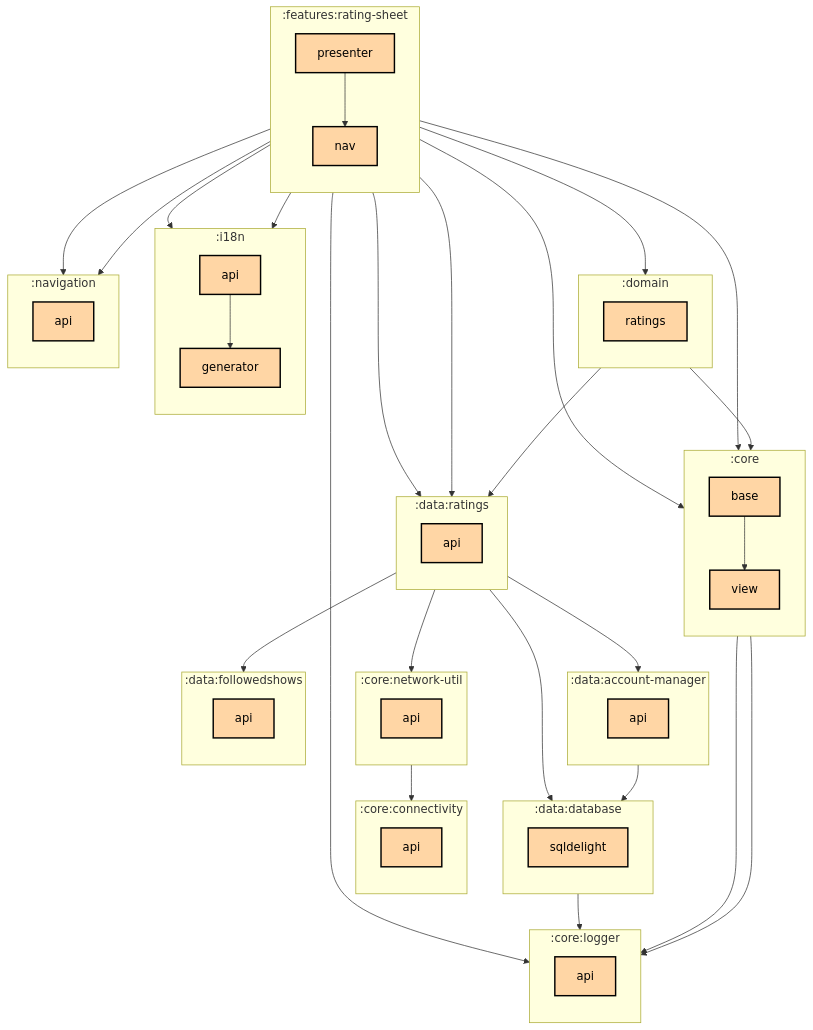
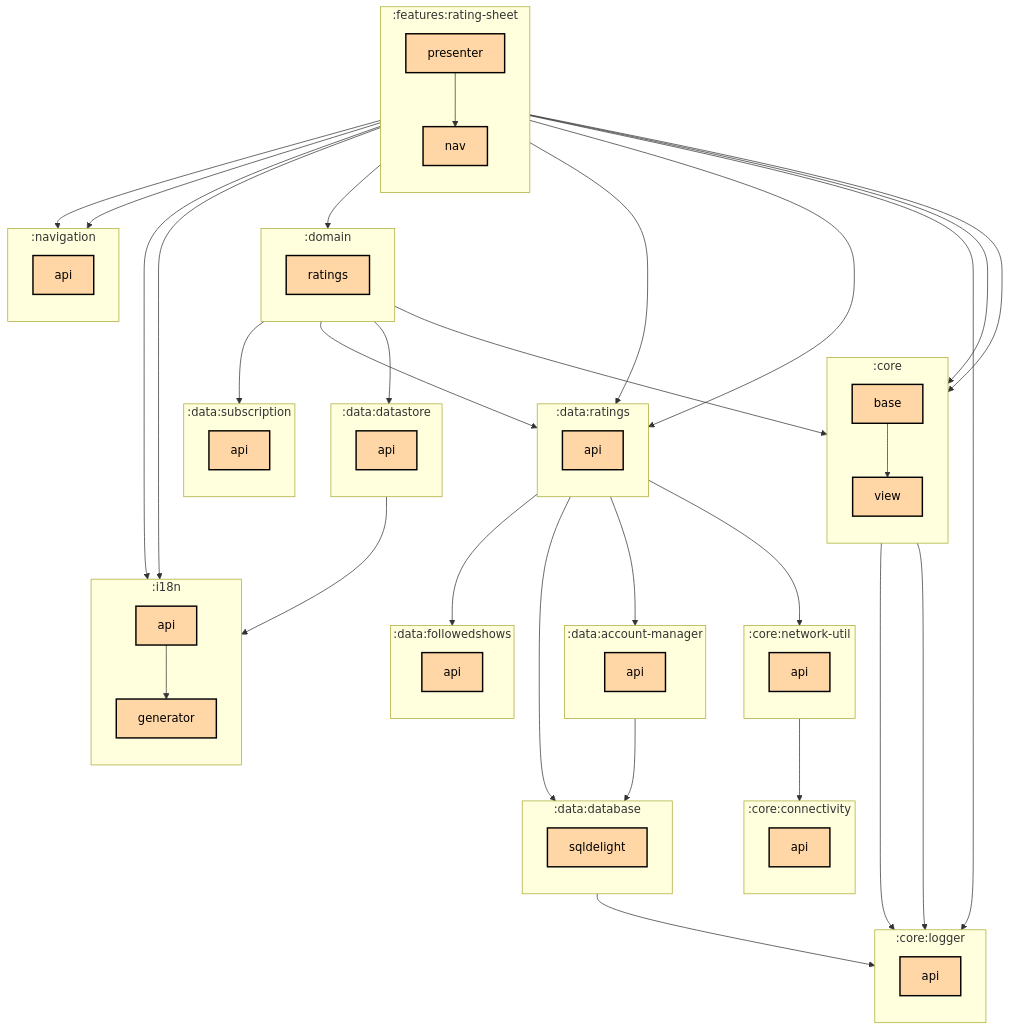
The first of 2 diagrams in features/rating-sheet/presenter/README.md (thomaskioko/tv-maniac), drawn with Mermaid before and after one commit. The commit also changed 18 other files, not shown here.

Commit message:
Update dependency graph

```diff
--- a/features/rating-sheet/presenter/README.md
+++ b/features/rating-sheet/presenter/README.md
@@ -30,6 +30,10 @@
     direction TB
     :data:database:sqldelight[sqldelight]:::multiplatform
   end
+  subgraph :data:datastore
+    direction TB
+    :data:datastore:api[api]:::multiplatform
+  end
   subgraph :data:followedshows
     direction TB
     :data:followedshows:api[api]:::multiplatform
@@ -37,6 +41,10 @@
   subgraph :data:ratings
     direction TB
     :data:ratings:api[api]:::multiplatform
+  end
+  subgraph :data:subscription
+    direction TB
+    :data:subscription:api[api]:::multiplatform
   end
   subgraph :domain
     direction TB
@@ -63,12 +71,15 @@
   :core:view --> :core:logger:api
   :data:account-manager:api --> :data:database:sqldelight
   :data:database:sqldelight --> :core:logger:api
+  :data:datastore:api --> :i18n:generator
   :data:ratings:api --> :core:network-util:api
   :data:ratings:api --> :data:account-manager:api
   :data:ratings:api --> :data:database:sqldelight
   :data:ratings:api --> :data:followedshows:api
   :domain:ratings --> :core:base
+  :domain:ratings --> :data:datastore:api
   :domain:ratings --> :data:ratings:api
+  :domain:ratings --> :data:subscription:api
   :features:rating-sheet:nav --> :data:ratings:api
   :features:rating-sheet:nav --> :navigation:api
   :features:rating-sheet:presenter --> :core:base
```
